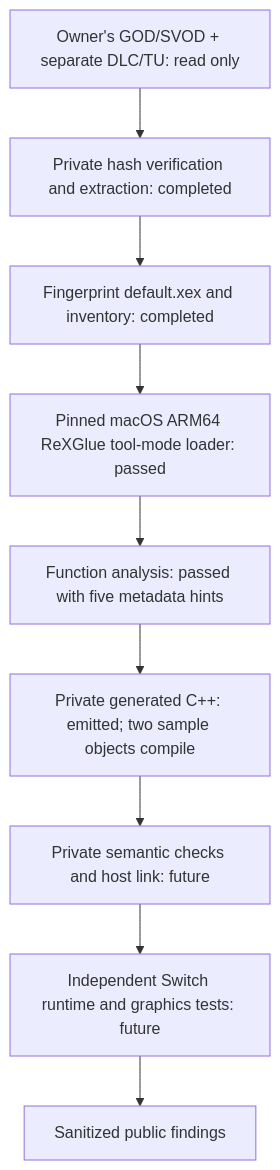
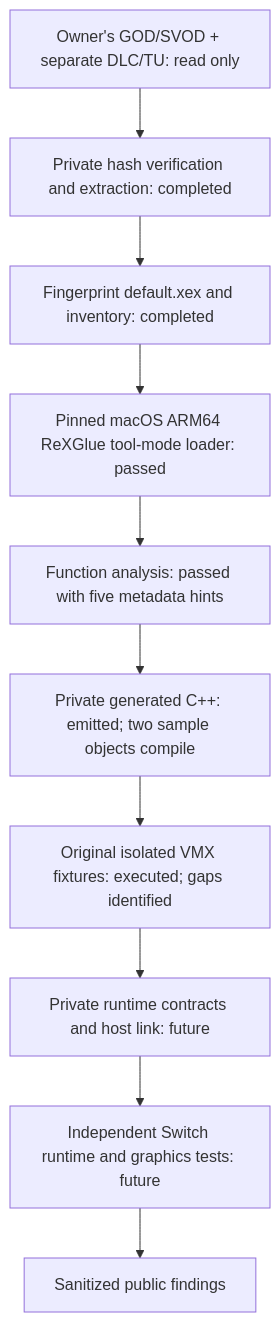
Before and after one commit to Wilwous/brutal-legend-nx: the diagram in docs/architecture.md, drawn with Mermaid. The commit also changed other lines of this file and 12 other files, not shown here.

Commit message:
test: validate VMX128 semantics and audit runtime

````diff
--- a/docs/architecture.md
+++ b/docs/architecture.md
@@ -5,11 +5,12 @@
 ```mermaid
 flowchart TD
   A[Owner's GOD/SVOD + separate DLC/TU: read only] --> B[Private hash verification and extraction: completed]
   B --> C[Fingerprint default.xex and inventory: completed]
   C --> D[Pinned macOS ARM64 ReXGlue tool-mode loader: passed]
   D --> E[Function analysis: passed with five metadata hints]
   E --> F[Private generated C++: emitted; two sample objects compile]
-  F --> G[Private semantic checks and host link: future]
+  F --> T[Original isolated VMX fixtures: executed; gaps identified]
+  T --> G[Private runtime contracts and host link: future]
   G --> H[Independent Switch runtime and graphics tests: future]
   H --> I[Sanitized public findings]
 ```
````
